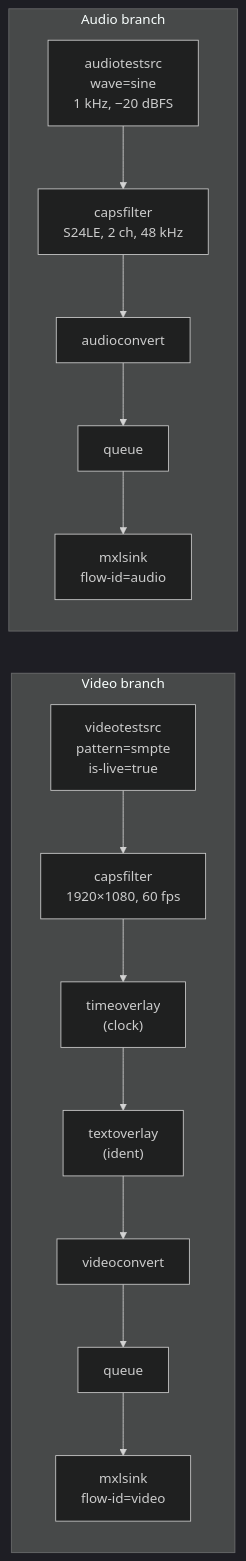
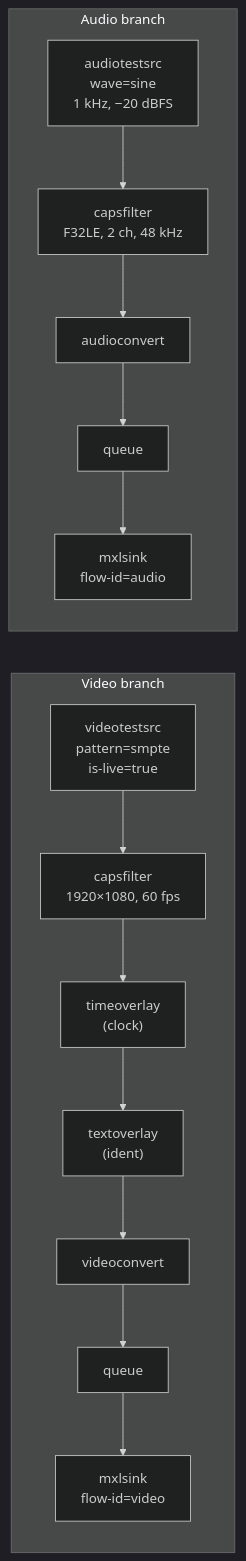
The second of 6 diagrams in docker/exercise-5/gstreamer-pipeline.md (cbcrc/mxl-hands-on), drawn with Mermaid (dark theme) before and after one commit. The commit also changed other lines of this file, not shown here.

````diff
--- a/docker/exercise-5/gstreamer-pipeline.md
+++ b/docker/exercise-5/gstreamer-pipeline.md
@@ -91,24 +105,24 @@
 ```mermaid
 flowchart LR
     subgraph Video branch
         vsrc["videotestsrc\npattern=smpte\nis-live=true"]
         vcaps["capsfilter\n1920×1080, 60 fps"]
         time["timeoverlay\n(clock)"]
         text["textoverlay\n(ident)"]
         vconv["videoconvert"]
         vqueue["queue"]
         vsink["mxlsink\nflow-id=video"]
 
         vsrc --> vcaps --> time --> text --> vconv --> vqueue --> vsink
     end
 
     subgraph Audio branch
         asrc["audiotestsrc\nwave=sine\n1 kHz, −20 dBFS"]
-        acaps["capsfilter\nS24LE, 2 ch, 48 kHz"]
+        acaps["capsfilter\nF32LE, 2 ch, 48 kHz"]
         aconv["audioconvert"]
         aqueue["queue"]
         asink["mxlsink\nflow-id=audio"]
 
         asrc --> acaps --> aconv --> aqueue --> asink
     end
 ```
````
